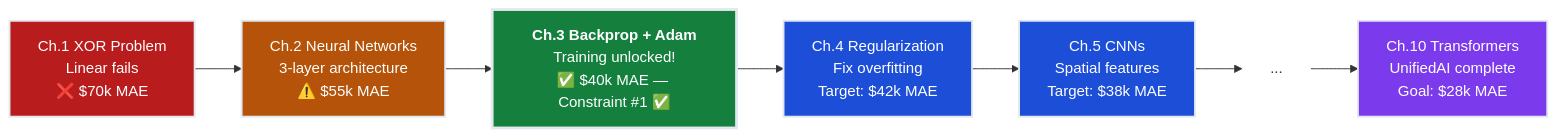
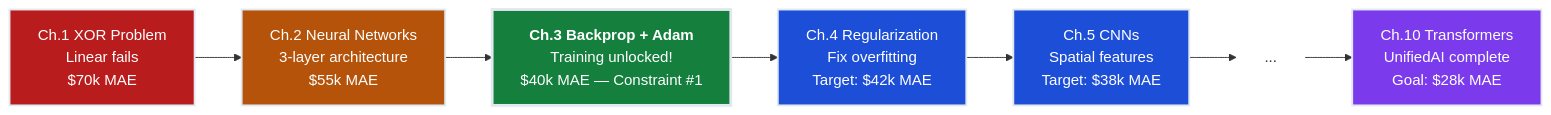
The sixth of 6 diagrams in notes/01-ml/03-neural-networks/ch03_backprop_optimisers/README.md (dsgouda7/ai-portfolio), drawn with Mermaid before and after one commit. The commit also changed other lines of this file and 179 other files, not shown here.

````diff
--- a/notes/01-ml/03-neural-networks/ch03_backprop_optimisers/README.md
+++ b/notes/01-ml/03-neural-networks/ch03_backprop_optimisers/README.md
@@ -946,16 +944,16 @@
 ```mermaid
 flowchart LR
-    CH1["Ch.1 XOR Problem<br/>Linear fails<br/>❌ $70k MAE"] --> CH2["Ch.2 Neural Networks<br/>3-layer architecture<br/>⚠️ $55k MAE"]
-    CH2 --> CH3["<b>Ch.3 Backprop + Adam</b><br/>Training unlocked!<br/>✅ $40k MAE — Constraint #1 ✅"]
-    CH3 --> CH4["Ch.4 Regularization<br/>Fix overfitting<br/>Target: $42k MAE"]
-    CH4 --> CH5["Ch.5 CNNs<br/>Spatial features<br/>Target: $38k MAE"]
-    CH5 --> DOTS1["..."] --> CH10["Ch.10 Transformers<br/>UnifiedAI complete<br/>Goal: $28k MAE"]
+ CH1["Ch.1 XOR Problem<br/>Linear fails<br/> $70k MAE"] --> CH2["Ch.2 Neural Networks<br/>3-layer architecture<br/> $55k MAE"]
+ CH2 --> CH3["<b>Ch.3 Backprop + Adam</b><br/>Training unlocked!<br/> $40k MAE — Constraint #1 "]
+ CH3 --> CH4["Ch.4 Regularization<br/>Fix overfitting<br/>Target: $42k MAE"]
+ CH4 --> CH5["Ch.5 CNNs<br/>Spatial features<br/>Target: $38k MAE"]
+ CH5 --> DOTS1["..."] --> CH10["Ch.10 Transformers<br/>UnifiedAI complete<br/>Goal: $28k MAE"]
 
-    style CH1 fill:#b91c1c,stroke:#e2e8f0,stroke-width:2px,color:#ffffff
-    style CH2 fill:#b45309,stroke:#e2e8f0,stroke-width:2px,color:#ffffff
-    style CH3 fill:#15803d,stroke:#e2e8f0,stroke-width:3px,color:#ffffff
-    style CH4 fill:#1d4ed8,stroke:#e2e8f0,stroke-width:2px,color:#ffffff
-    style CH5 fill:#1d4ed8,stroke:#e2e8f0,stroke-width:2px,color:#ffffff
-    style CH10 fill:#7c3aed,stroke:#e2e8f0,stroke-width:2px,color:#ffffff
-    style DOTS1 fill:none,stroke:none
+ style CH1 fill:#b91c1c,stroke:#e2e8f0,stroke-width:2px,color:#ffffff
+ style CH2 fill:#b45309,stroke:#e2e8f0,stroke-width:2px,color:#ffffff
+ style CH3 fill:#15803d,stroke:#e2e8f0,stroke-width:3px,color:#ffffff
+ style CH4 fill:#1d4ed8,stroke:#e2e8f0,stroke-width:2px,color:#ffffff
+ style CH5 fill:#1d4ed8,stroke:#e2e8f0,stroke-width:2px,color:#ffffff
+ style CH10 fill:#7c3aed,stroke:#e2e8f0,stroke-width:2px,color:#ffffff
+ style DOTS1 fill:none,stroke:none
 ```
````
